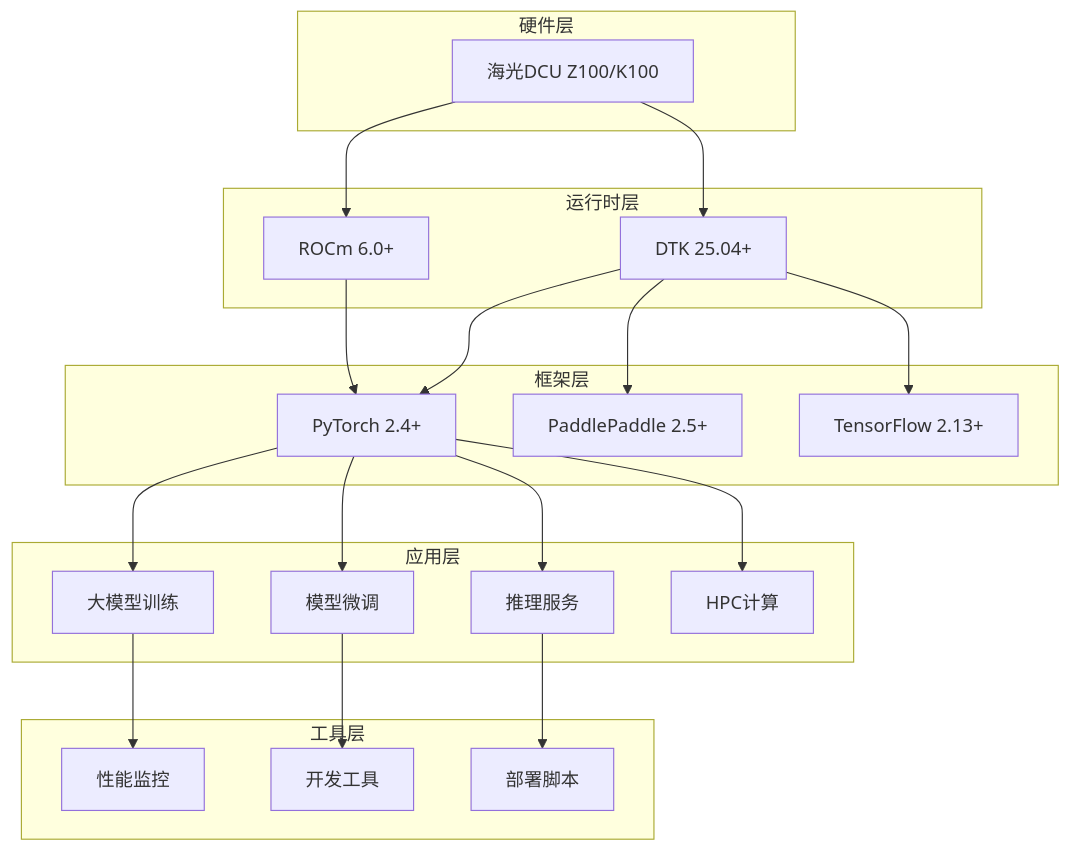
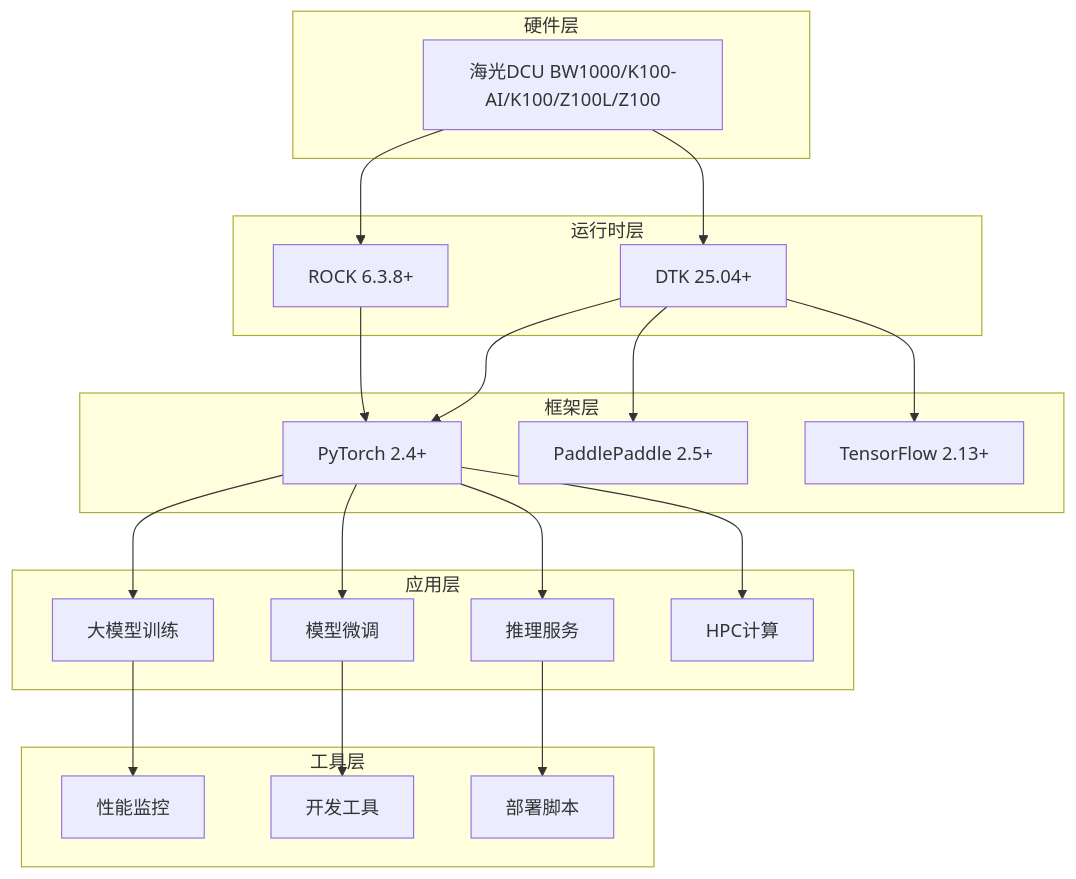
The diagram in README.md (FlyAIBox/dcu-in-action), drawn with Mermaid before and after one commit.

Commit message:
【U】更新文档

````diff
--- a/README.md
+++ b/README.md
@@ -46,44 +46,44 @@
 ```mermaid
 graph TB
     subgraph "硬件层"
-        A[海光DCU Z100/K100]
+        A[海光DCU BW1000/K100-AI/K100/Z100L/Z100]
     end
     
     subgraph "运行时层"
         B[DTK 25.04+]
-        C[ROCm 6.0+]
+        C[ROCK 6.3.8+]
     end
     
     subgraph "框架层"
         D[PyTorch 2.4+]
         E[PaddlePaddle 2.5+]
         F[TensorFlow 2.13+]
     end
     
     subgraph "应用层"
         G[大模型训练]
         H[模型微调]
         I[推理服务]
         J[HPC计算]
     end
     
     subgraph "工具层"
         K[性能监控]
         L[开发工具]
         M[部署脚本]
     end
     
     A --> B
     A --> C
     B --> D
     B --> E
     B --> F
     C --> D
     D --> G
     D --> H
     D --> I
     D --> J
     G --> K
     H --> L
     I --> M
 ```
````
